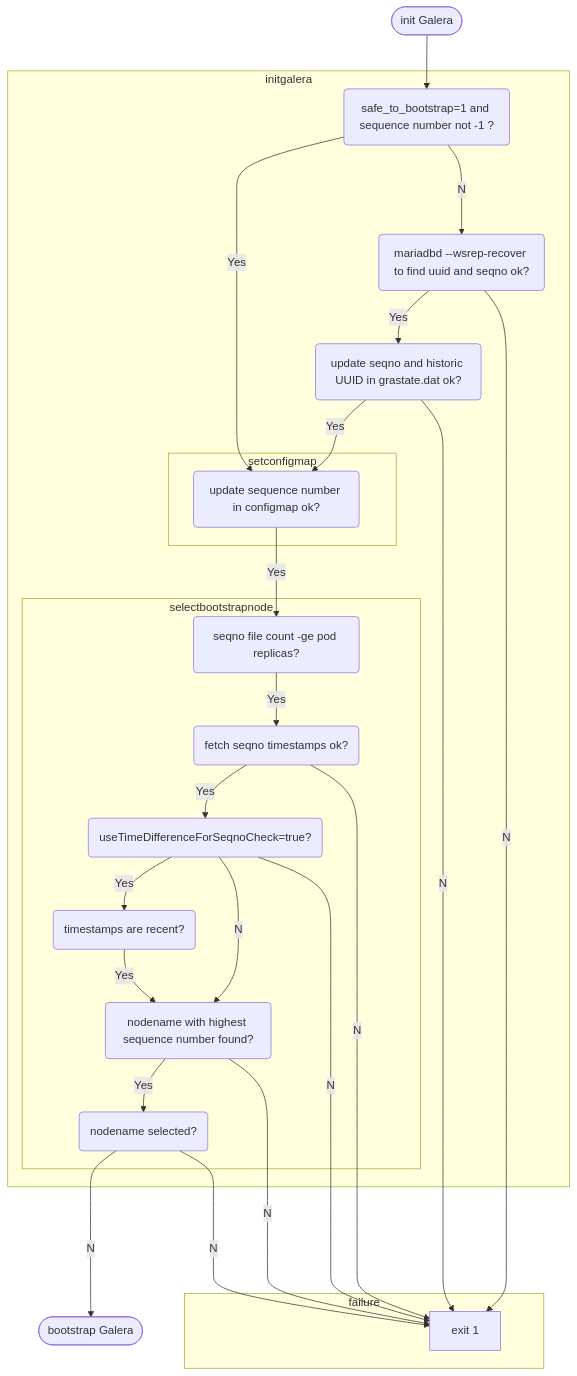
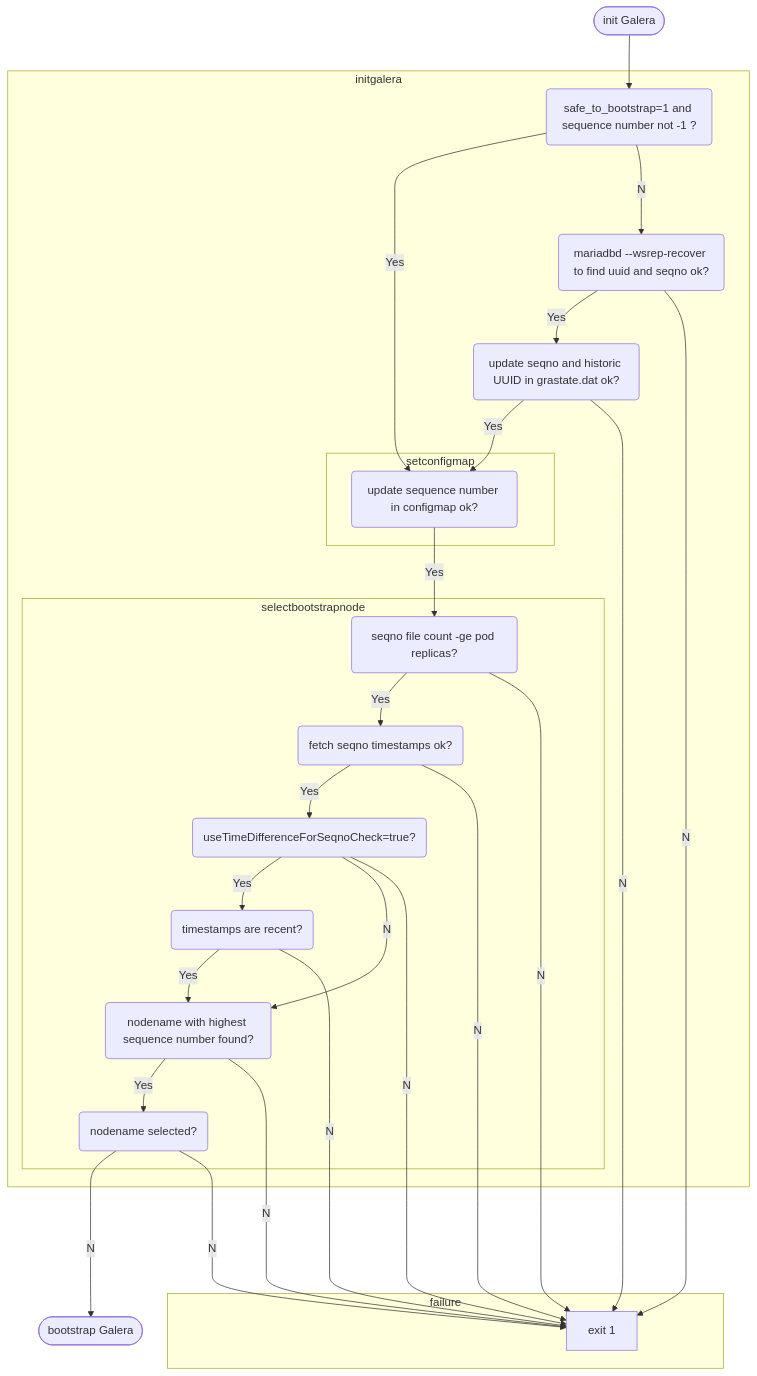
Before and after one commit to sapcc/helm-charts: the fourth of 5 diagrams in common/mariadb-galera/README.md, drawn with Mermaid.

Commit message:
recover Galera flow logic fixed

````diff
--- a/common/mariadb-galera/README.md
+++ b/common/mariadb-galera/README.md
@@ -131,25 +131,25 @@
 ```mermaid
 flowchart TB;
   id1([init Galera])-->id2;
   subgraph idsub1 [initgalera]
     id2(safe_to_bootstrap=1 and sequence number not -1 ?)--Yes-->id3;
     subgraph idsub2 [setconfigmap]
       id3(update sequence number in configmap ok?);
     end
     subgraph idsub3 [selectbootstrapnode]
       id3--Yes-->id4(seqno file count -ge pod replicas?);
       id4--Yes-->id5(fetch seqno timestamps ok?);
       id5--Yes-->id6(useTimeDifferenceForSeqnoCheck=true?);
       id6--Yes-->id7(timestamps are recent?);
       id6--No-->id8;
       id7--Yes-->id8(nodename with highest sequence number found?);
       id8--Yes-->id9(nodename selected?);
     end
     id2--No-->id10(mariadbd --wsrep-recover to find uuid and seqno ok?);
     id10--Yes-->id11(update seqno and historic UUID in grastate.dat ok?)--Yes-->id3;
   end
   id9--No-->id13([bootstrap Galera]);
   subgraph failure
-    id5 & id6 & id8 & id9 & id10 & id11--No-->id666[exit 1];
+    id4 & id5 & id6 & id7 & id8 & id9 & id10 & id11--No-->id666[exit 1];
   end
 ```
````
